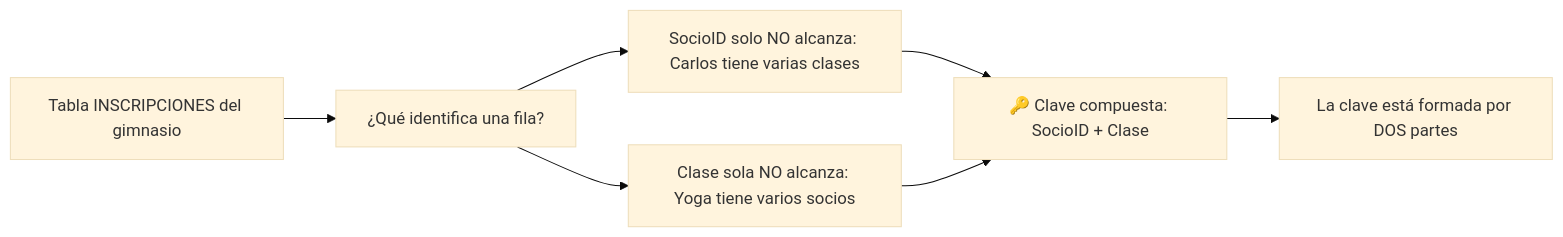
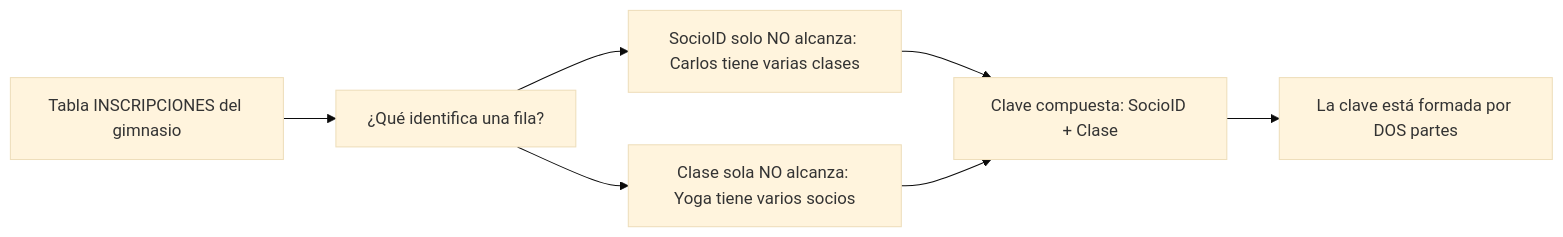
Before and after one commit to leanaraque/data_analytics_2026: the tenth of 18 diagrams in documentacion/Semana-02-Esquemas-Conceptos.md, drawn with Mermaid (base theme). The commit also changed other lines of this file and 109 other files, not shown here.

````diff
--- a/documentacion/Semana-02-Esquemas-Conceptos.md
+++ b/documentacion/Semana-02-Esquemas-Conceptos.md
@@ -194,9 +194,9 @@
 ```mermaid
 flowchart LR
     A["Tabla INSCRIPCIONES del gimnasio"] --> B["¿Qué identifica una fila?"]
     B --> C["SocioID solo NO alcanza: Carlos tiene varias clases"]
     B --> D["Clase sola NO alcanza: Yoga tiene varios socios"]
-    C --> E["🔑 Clave compuesta: SocioID + Clase"]
+    C --> E["Clave compuesta: SocioID + Clase"]
     D --> E
     E --> F["La clave está formada por DOS partes"]
 ```
````
